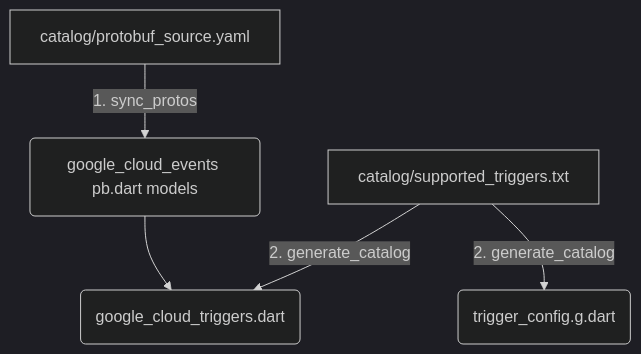
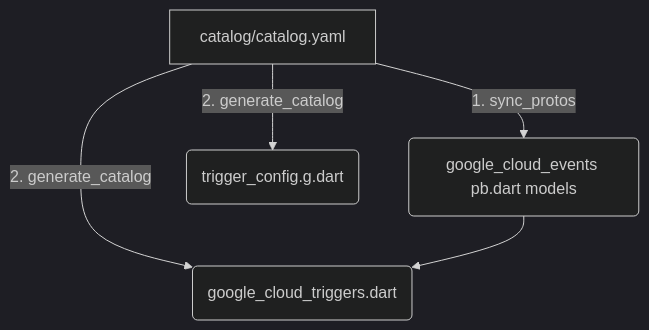
One commit to kevmoo/dtt changed the diagram in tool/README.md. Above: the diagram before and after it, drawn with Mermaid (dark theme). The commit also changed other lines of this file and 8 other files, not shown here.

First line of the commit message:
refactor(catalog): unify manifest into catalog/catalog.yaml (#27)

````diff
--- a/tool/README.md
+++ b/tool/README.md
@@ -13,7 +13,7 @@
 ```mermaid
 graph TD
-    A[catalog/protobuf_source.yaml] -->|1. sync_protos| B(google_cloud_events pb.dart models)
-    C[catalog/supported_triggers.txt] -->|2. generate_catalog| D(google_cloud_triggers.dart)
+    A[catalog/catalog.yaml] -->|1. sync_protos| B(google_cloud_events pb.dart models)
+    A -->|2. generate_catalog| D(google_cloud_triggers.dart)
     B --> D
-    C -->|2. generate_catalog| E(trigger_config.g.dart)
+    A -->|2. generate_catalog| E(trigger_config.g.dart)
 ```
````
